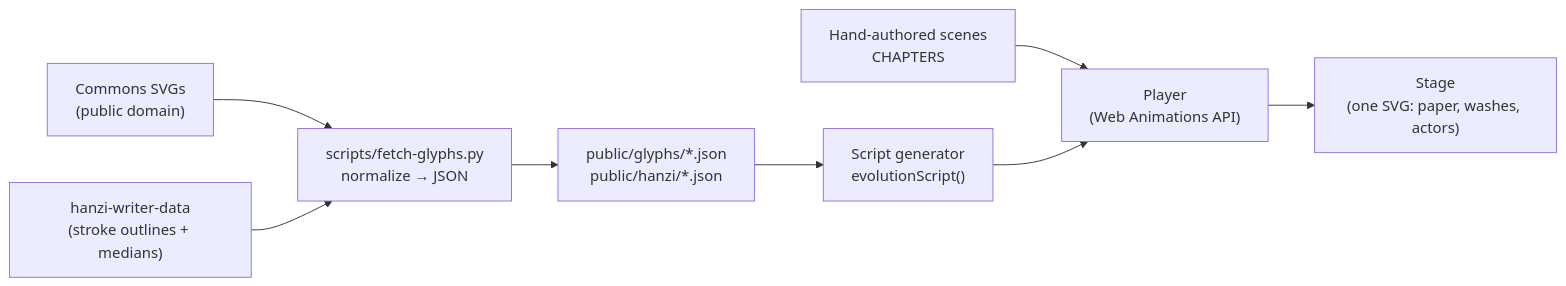
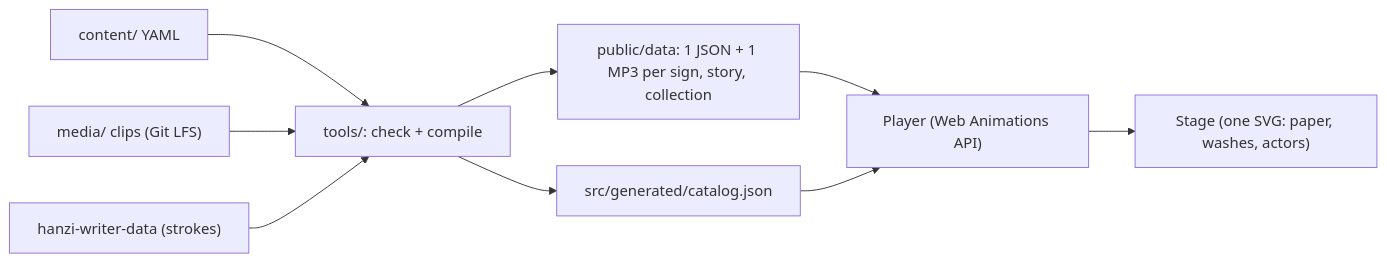
The diagram in demos/README.md (etym-si/website), drawn with Mermaid before and after one commit. The commit also changed other lines of this file and 6 other files, not shown here.

Commit message:
ci,docs: GitHub Actions deploy with LFS and content checks; authoring guide

````diff
--- a/demos/README.md
+++ b/demos/README.md
@@ -24,10 +33,11 @@
 ```mermaid
 flowchart LR
-  C["Commons SVGs<br/>(public domain)"] --> P["scripts/fetch-glyphs.py<br/>normalize → JSON"]
-  H["hanzi-writer-data<br/>(stroke outlines + medians)"] --> P
-  P --> G["public/glyphs/*.json<br/>public/hanzi/*.json"]
-  G --> S["Script generator<br/>evolutionScript()"]
-  A["Hand-authored scenes<br/>CHAPTERS"] --> R
-  S --> R["Player<br/>(Web Animations API)"]
-  R --> V["Stage<br/>(one SVG: paper, washes, actors)"]
+  Y["content/ YAML"] --> K["tools/: check + compile"]
+  M["media/ clips (Git LFS)"] --> K
+  H["hanzi-writer-data (strokes)"] --> K
+  K --> D["public/data: 1 JSON + 1 MP3 per sign, story, collection"]
+  K --> G["src/generated/catalog.json"]
+  D --> R["Player (Web Animations API)"]
+  G --> R
+  R --> V["Stage (one SVG: paper, washes, actors)"]
 ```
````
